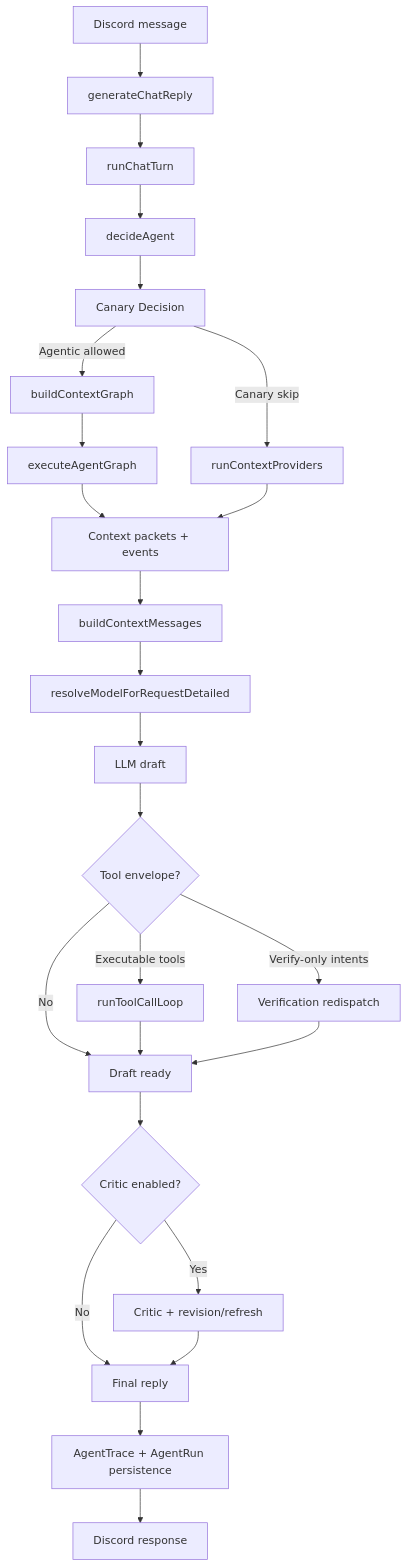
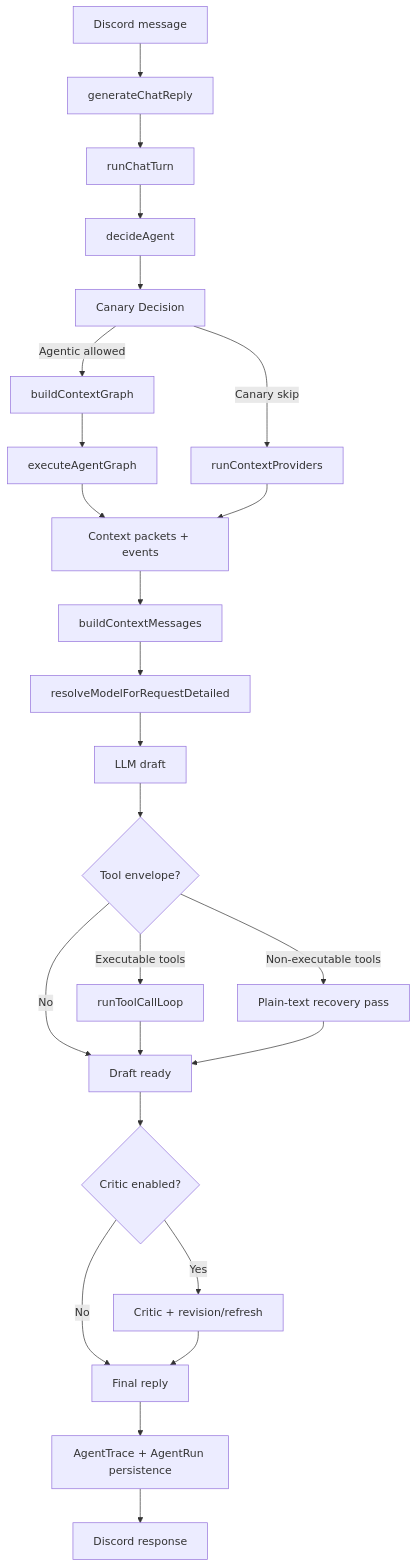
The diagram in docs/architecture/pipeline.md (BokX1/Sage), drawn with Mermaid before and after one commit. The commit also changed other lines of this file and 5 other files, not shown here.

Commit message:
docs: align runtime architecture and budget guidance with current code

````diff
--- a/docs/architecture/pipeline.md
+++ b/docs/architecture/pipeline.md
@@ -22,32 +22,32 @@
 ```mermaid
 flowchart TD
     A[Discord message] --> B[generateChatReply]
     B --> C[runChatTurn]
     C --> D[decideAgent]
     D --> E[Canary Decision]
 
     E -->|Agentic allowed| F[buildContextGraph]
     E -->|Canary skip| G[runContextProviders]
 
     F --> H[executeAgentGraph]
     H --> I[Context packets + events]
     G --> I
 
     I --> J[buildContextMessages]
     J --> K[resolveModelForRequestDetailed]
     K --> L[LLM draft]
     L --> M{Tool envelope?}
     M -->|Executable tools| N[runToolCallLoop]
-    M -->|Verify-only intents| O[Verification redispatch]
+    M -->|Non-executable tools| O[Plain-text recovery pass]
     M -->|No| P[Draft ready]
     N --> P
     O --> P
 
     P --> Q{Critic enabled?}
     Q -->|Yes| R[Critic + revision/refresh]
     Q -->|No| S[Final reply]
     R --> S
 
     S --> T[AgentTrace + AgentRun persistence]
     T --> U[Discord response]
 ```
````
